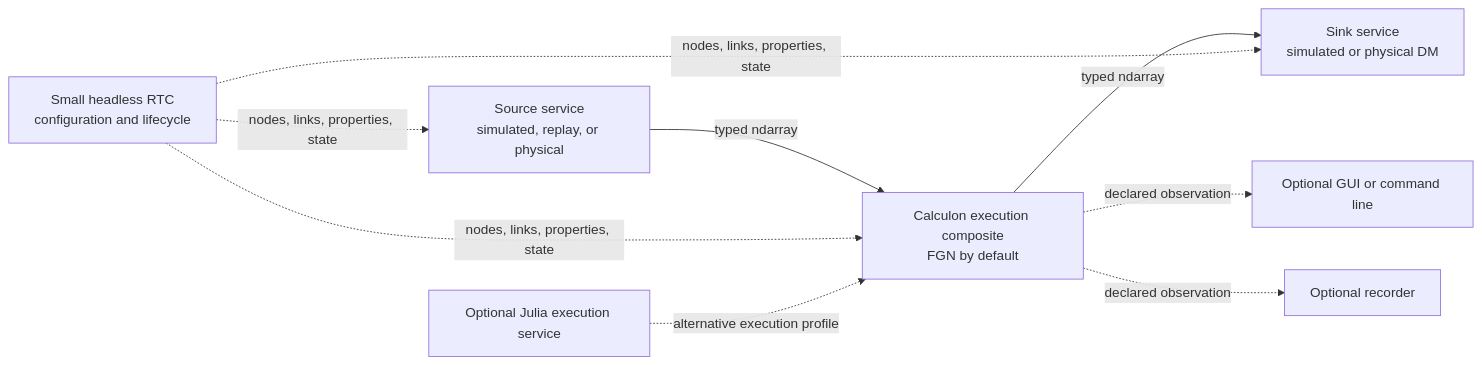
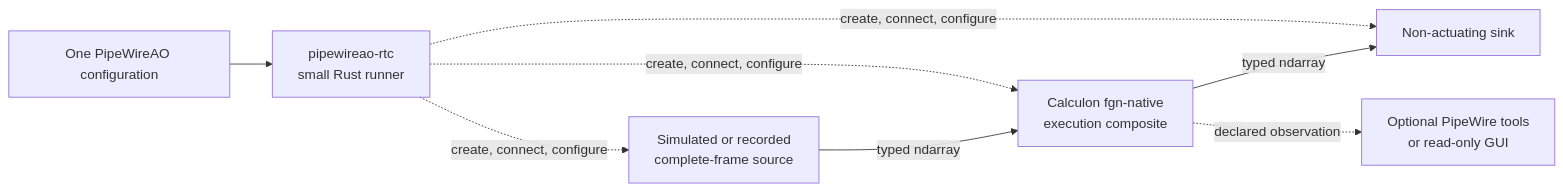
Before and after one commit to DarrylGamroth/pipewireao-rtc: the diagram in docs/architecture.md, drawn with Mermaid. The commit also changed other lines of this file and 13 other files, not shown here.

Commit message:
docs: scope RTC to development runner

````diff
--- a/docs/architecture.md
+++ b/docs/architecture.md
@@ -93,19 +65,17 @@
 ```mermaid
 flowchart LR
-    Source["Source service<br/>simulated, replay, or physical"]
-    Graph["Calculon execution composite<br/>FGN by default"]
-    Sink["Sink service<br/>simulated or physical DM"]
-    RTC["Small headless RTC<br/>configuration and lifecycle"]
-    GUI["Optional GUI or command line"]
-    Recorder["Optional recorder"]
-    Julia["Optional Julia execution service"]
+    Config["One PipeWireAO configuration"]
+    Runner["pipewireao-rtc<br/>small Rust runner"]
+    Source["Simulated or recorded<br/>complete-frame source"]
+    Graph["Calculon fgn-native<br/>execution composite"]
+    Sink["Non-actuating sink"]
+    Observer["Optional PipeWire tools<br/>or read-only GUI"]
 
+    Config --> Runner
+    Runner -.->|create, connect, configure| Source
+    Runner -.->|create, connect, configure| Graph
+    Runner -.->|create, connect, configure| Sink
     Source -->|typed ndarray| Graph
     Graph -->|typed ndarray| Sink
-    RTC -.->|nodes, links, properties, state| Source
-    RTC -.->|nodes, links, properties, state| Graph
-    RTC -.->|nodes, links, properties, state| Sink
-    Graph -.->|declared observation| GUI
-    Graph -.->|declared observation| Recorder
-    Julia -.->|alternative execution profile| Graph
+    Graph -.->|declared observation| Observer
 ```
````
